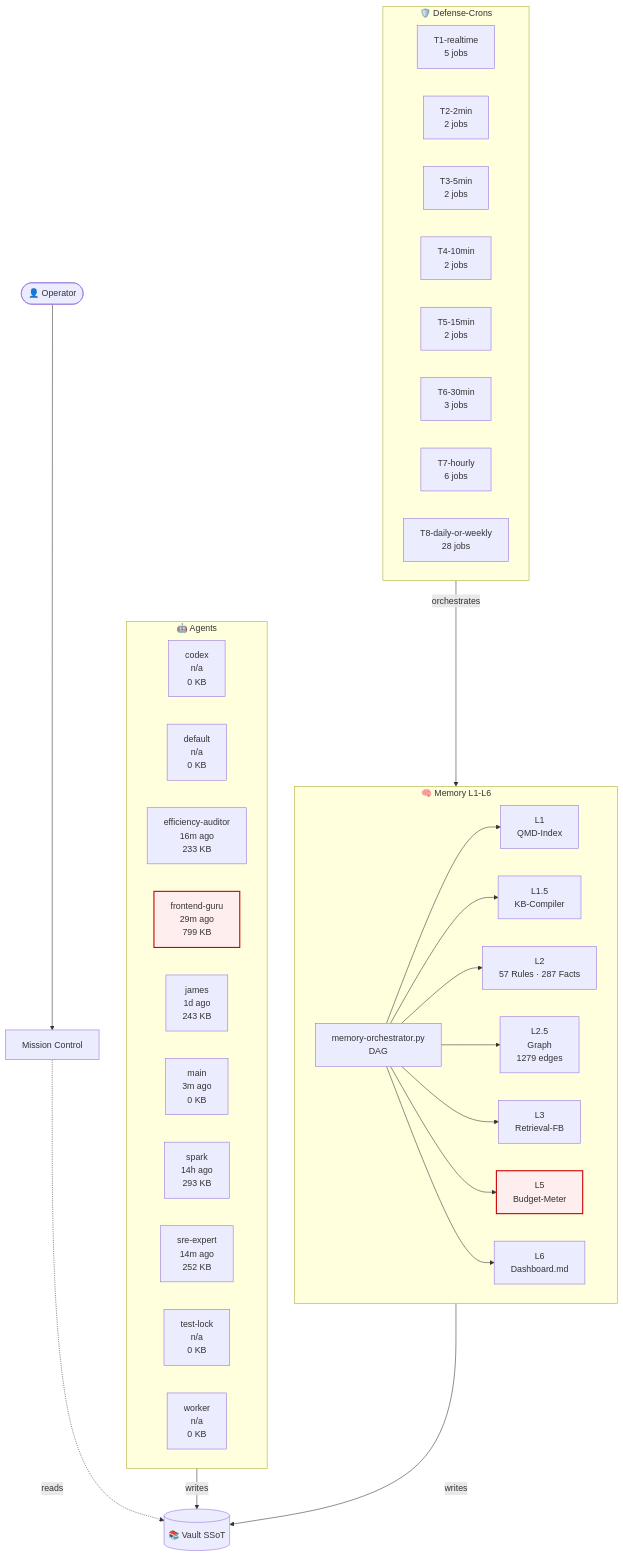
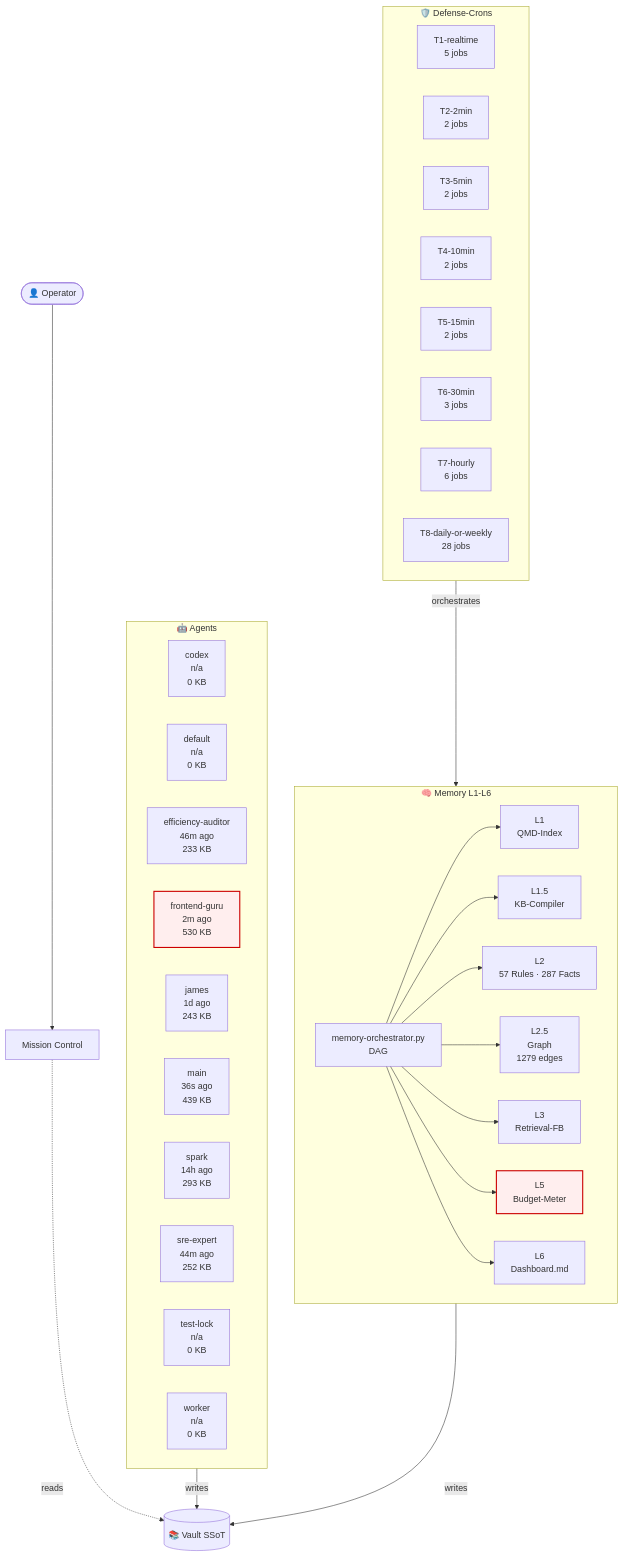
One commit to lenardhuebner88-rgb/openclaw-memory changed the diagram in 03-Agents/architecture-live.md. Above: the diagram before and after it, drawn with Mermaid. The commit also changed other lines of this file and 18 other files, not shown here.

````diff
--- a/03-Agents/architecture-live.md
+++ b/03-Agents/architecture-live.md
@@ -18,53 +18,53 @@
 ```mermaid
 flowchart TB
     classDef critical fill:#fee,stroke:#c00,stroke-width:2px;
     subgraph AGT["🤖 Agents"]
         agent_codex["codex<br/>n/a<br/>0 KB"]
         agent_default["default<br/>n/a<br/>0 KB"]
-        agent_efficiency_auditor["efficiency-auditor<br/>16m ago<br/>233 KB"]
-        agent_frontend_guru["frontend-guru<br/>29m ago<br/>799 KB"]
+        agent_efficiency_auditor["efficiency-auditor<br/>46m ago<br/>233 KB"]
+        agent_frontend_guru["frontend-guru<br/>2m ago<br/>530 KB"]
         agent_james["james<br/>1d ago<br/>243 KB"]
-        agent_main["main<br/>3m ago<br/>0 KB"]
+        agent_main["main<br/>36s ago<br/>439 KB"]
         agent_spark["spark<br/>14h ago<br/>293 KB"]
-        agent_sre_expert["sre-expert<br/>14m ago<br/>252 KB"]
+        agent_sre_expert["sre-expert<br/>44m ago<br/>252 KB"]
         agent_test_lock["test-lock<br/>n/a<br/>0 KB"]
         agent_worker["worker<br/>n/a<br/>0 KB"]
     end
     subgraph MEM["🧠 Memory L1-L6"]
         L1["L1<br/>QMD-Index"]
         L15["L1.5<br/>KB-Compiler"]
         L2["L2<br/>57 Rules · 287 Facts"]
         L25["L2.5<br/>Graph<br/>1279 edges"]
         L3["L3<br/>Retrieval-FB"]
         L5["L5<br/>Budget-Meter"]
         L6["L6<br/>Dashboard.md"]
         ORCH["memory-orchestrator.py<br/>DAG"]
     end
     subgraph CRN["🛡️ Defense-Crons"]
         tier_T1_realtime["T1-realtime<br/>5 jobs"]
         tier_T2_2min["T2-2min<br/>2 jobs"]
         tier_T3_5min["T3-5min<br/>2 jobs"]
         tier_T4_10min["T4-10min<br/>2 jobs"]
         tier_T5_15min["T5-15min<br/>2 jobs"]
         tier_T6_30min["T6-30min<br/>3 jobs"]
         tier_T7_hourly["T7-hourly<br/>6 jobs"]
         tier_T8_daily_or_weekly["T8-daily-or-weekly<br/>28 jobs"]
     end
     VAULT[("📚 Vault SSoT")]
     OP([👤 Operator])
     MC["Mission Control"]
     OP --> MC
     MC -.reads.-> VAULT
     AGT -->|writes| VAULT
     MEM -->|writes| VAULT
     ORCH --> L1
     ORCH --> L15
     ORCH --> L2
     ORCH --> L25
     ORCH --> L3
     ORCH --> L5
     ORCH --> L6
     CRN -->|orchestrates| MEM
     class L5 critical
     class agent_frontend_guru critical
 ```
````
